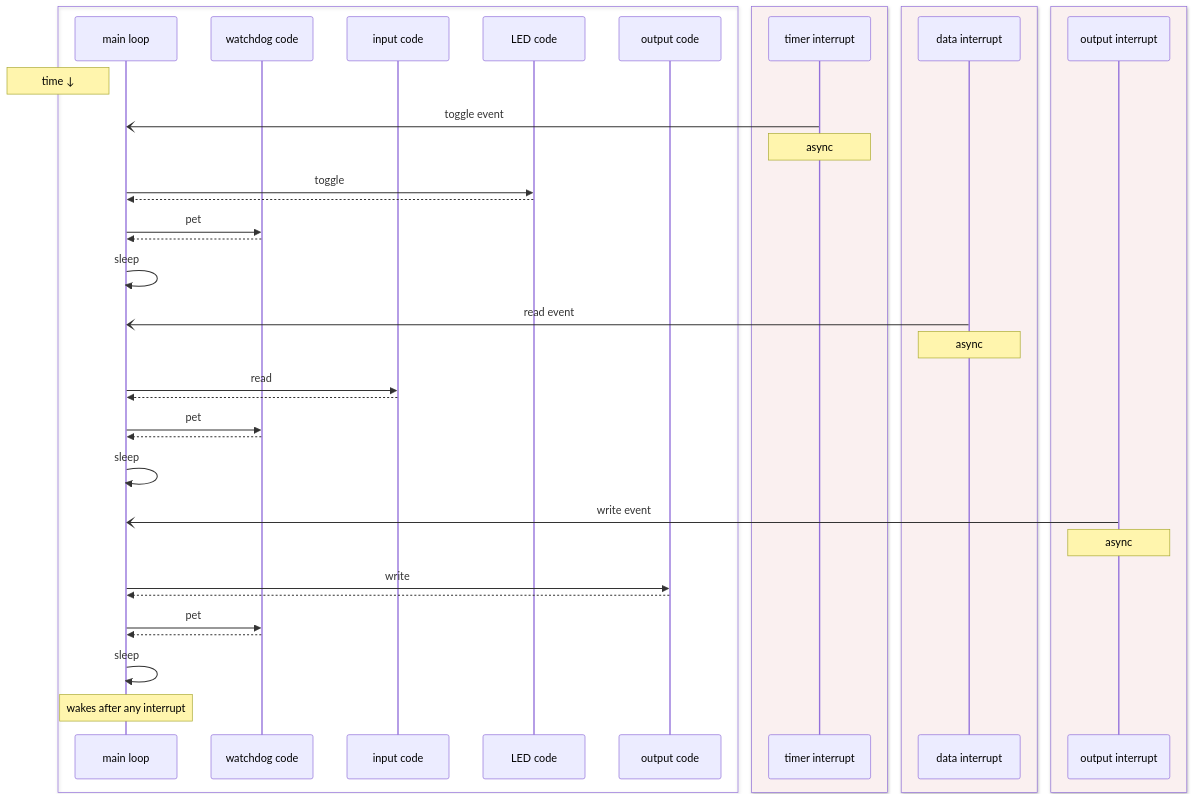
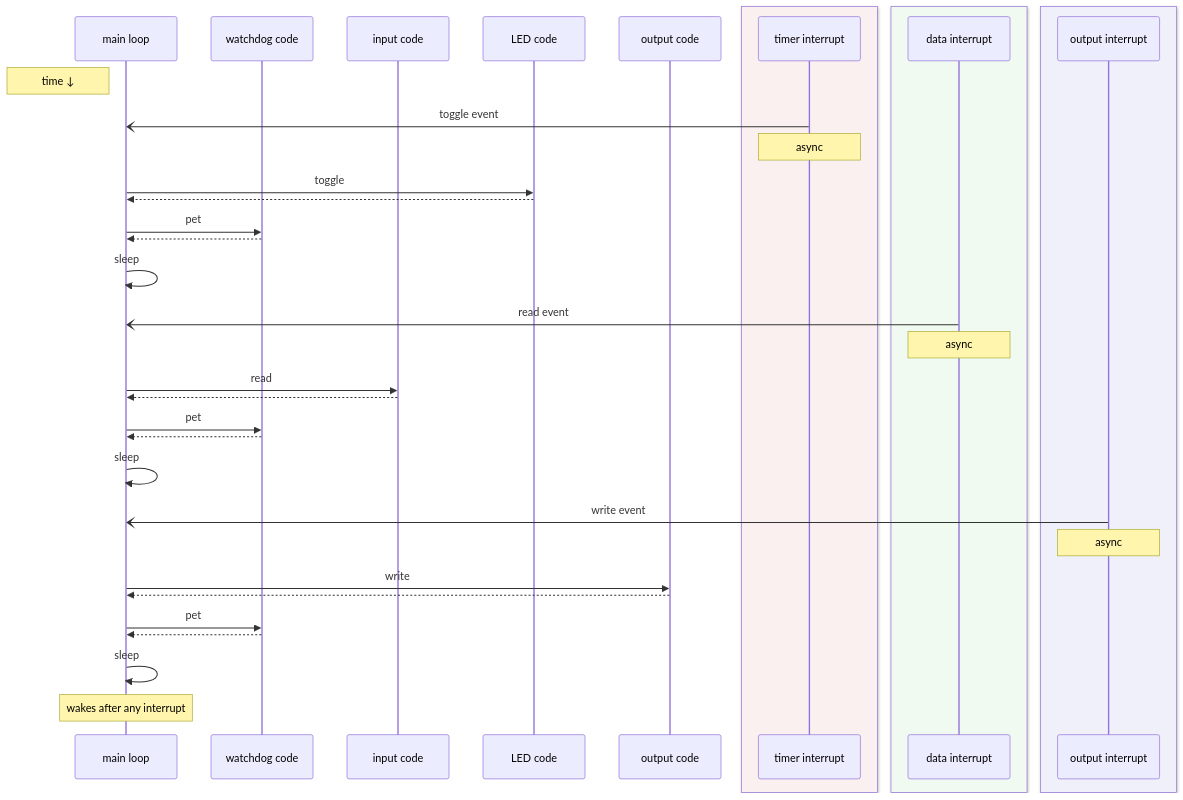
One commit to eleciawhite/making-embedded-systems changed the fifth of 7 diagrams in Ch06_Flow/MainLoopDiagrams.md. Above: the diagram before and after it, drawn with Mermaid. The commit also changed other lines of this file and 2 other files, not shown here.

Commit message:
Tidying diagrams from the book

````diff
--- a/Ch06_Flow/MainLoopDiagrams.md
+++ b/Ch06_Flow/MainLoopDiagrams.md
@@ -127,43 +124,40 @@
 ```mermaid
-%% Main 5: Interrupts cause events
 sequenceDiagram
-    box
     participant main as main loop
     participant watchdog as watchdog code
     participant inputs as input code
     participant LED as LED code
     participant outputs as output code
-    end
     box rgb(250,240,240)
     participant timer as timer interrupt
     end
-    box rgb(250,240,240)
+    box rgb(240,250,240)
     participant dataAvail as data interrupt
     end
-    box rgb(250,240,240)
+    box rgb(240,240,250)
     participant outputReady as output interrupt
     end
     Note left of main: time ↓
     timer-)main:toggle event
     Note over timer: async
     main->>LED:toggle
     LED-->>main: 
     main->>watchdog:pet
     watchdog-->>main: 
     main->>main:sleep
     dataAvail-)main:read event
     Note over dataAvail: async
     main->>inputs:read
     inputs-->>main: 
     main->>watchdog:pet
     watchdog-->>main: 
     main->>main:sleep
     outputReady-)main:write event
     Note over outputReady: async
     main->>outputs:write
     outputs-->>main: 
     main->>watchdog:pet
     watchdog-->>main: 
     main->>main:sleep
     Note over main: wakes after any interrupt
 ```
````
